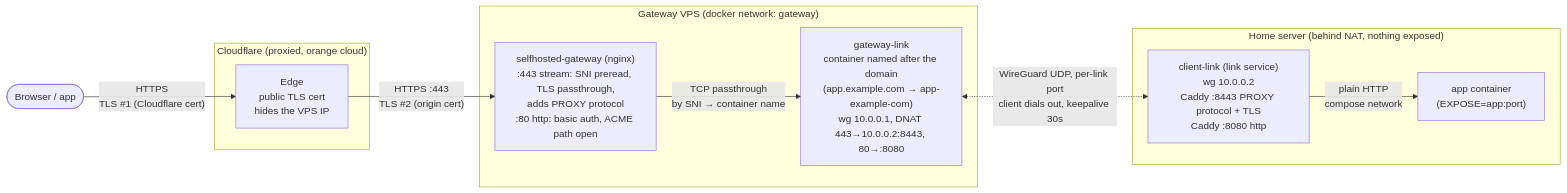
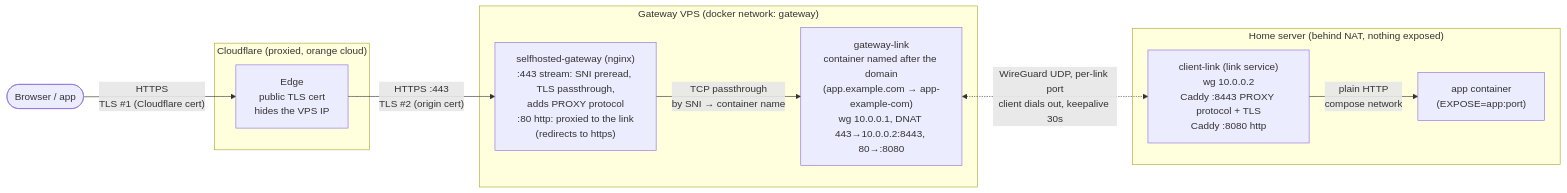
Before and after one commit to PedroMartinSteenstrup/selfhosted-gateway: the first of 5 diagrams in docs/architecture.md, drawn with Mermaid. The commit also changed other lines of this file and 2 other files, not shown here.

First line of the commit message:
gateway: drop the nginx basic auth on port 80

````diff
--- a/docs/architecture.md
+++ b/docs/architecture.md
@@ -8,24 +8,24 @@
 ```mermaid
 flowchart LR
     user(["Browser / app"])
 
     subgraph cf["Cloudflare (proxied, orange cloud)"]
         edge["Edge<br/>public TLS cert<br/>hides the VPS IP"]
     end
 
     subgraph vps["Gateway VPS (docker network: gateway)"]
-        nginx["selfhosted-gateway (nginx)<br/>:443 stream: SNI preread, TLS passthrough,<br/>adds PROXY protocol<br/>:80 http: basic auth, ACME path open"]
+        nginx["selfhosted-gateway (nginx)<br/>:443 stream: SNI preread, TLS passthrough,<br/>adds PROXY protocol<br/>:80 http: proxied to the link<br/>(redirects to https)"]
         glink["gateway-link<br/>container named after the domain<br/>(app.example.com → app-example-com)<br/>wg 10.0.0.1, DNAT 443→10.0.0.2:8443, 80→:8080"]
     end
 
     subgraph home["Home server (behind NAT, nothing exposed)"]
         clink["client-link (link service)<br/>wg 10.0.0.2<br/>Caddy :8443 PROXY protocol + TLS<br/>Caddy :8080 http"]
         app["app container<br/>(EXPOSE=app:port)"]
     end
 
     user -- "HTTPS<br/>TLS #1 (Cloudflare cert)" --> edge
     edge -- "HTTPS :443<br/>TLS #2 (origin cert)" --> nginx
     nginx -- "TCP passthrough<br/>by SNI → container name" --> glink
     glink <-. "WireGuard UDP, per-link port<br/>client dials out, keepalive 30s" .-> clink
     clink -- "plain HTTP<br/>compose network" --> app
 ```
````
